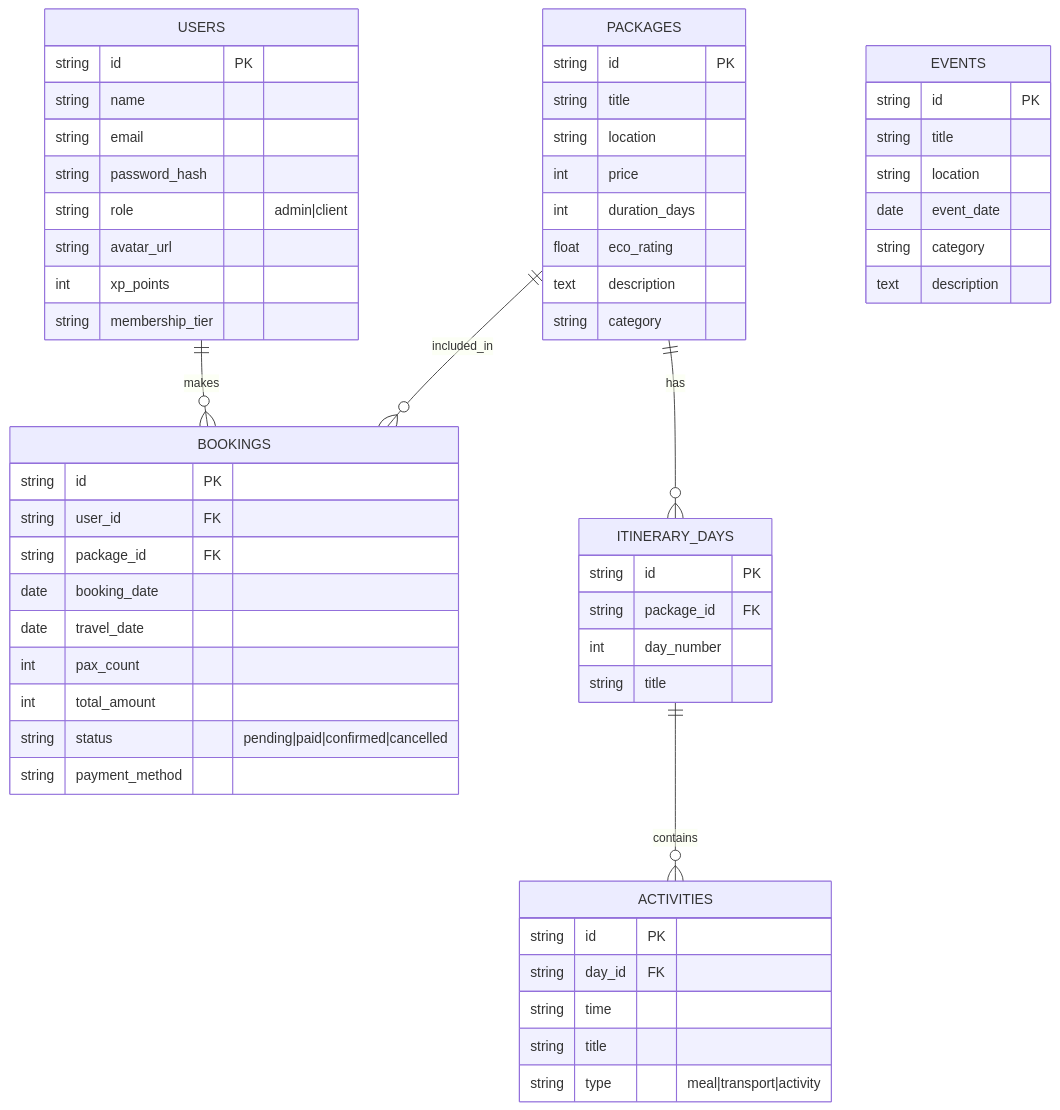
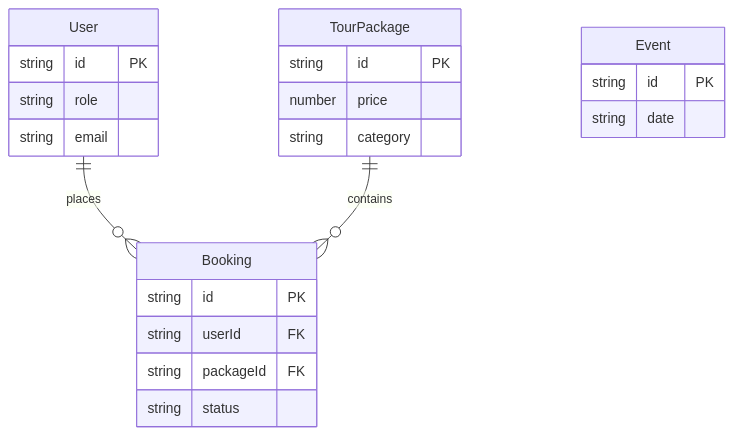
Before and after one commit to fk0u/pkaltim-tim04: the diagram in docs/ERD.md, drawn with Mermaid. The commit also changed other lines of this file and 11 other files, not shown here.

````diff
--- a/docs/ERD.md
+++ b/docs/ERD.md
@@ -5,64 +64,25 @@
 ```mermaid
 erDiagram
-    USERS ||--o{ BOOKINGS : makes
-    USERS {
+    User ||--o{ Booking : places
+    TourPackage ||--o{ Booking : contains
+    User {
         string id PK
-        string name
+        string role
         string email
-        string password_hash
-        string role "admin|client"
-        string avatar_url
-        int xp_points
-        string membership_tier
     }
-
-    PACKAGES ||--o{ BOOKINGS : included_in
-    PACKAGES ||--o{ ITINERARY_DAYS : has
-    PACKAGES {
+    TourPackage {
         string id PK
-        string title
-        string location
-        int price
-        int duration_days
-        float eco_rating
-        text description
+        number price
         string category
     }
-
-    ITINERARY_DAYS ||--o{ ACTIVITIES : contains
-    ITINERARY_DAYS {
+    Event {
         string id PK
-        string package_id FK
-        int day_number
-        string title
+        string date
     }
-
-    ACTIVITIES {
+    Booking {
         string id PK
-        string day_id FK
-        string time
-        string title
-        string type "meal|transport|activity"
-    }
-
-    BOOKINGS {
-        string id PK
-        string user_id FK
-        string package_id FK
-        date booking_date
-        date travel_date
-        int pax_count
-        int total_amount
-        string status "pending|paid|confirmed|cancelled"
-        string payment_method
-    }
-
-    EVENTS {
-        string id PK
-        string title
-        string location
-        date event_date
-        string category
-        text description
+        string userId FK
+        string packageId FK
+        string status
     }
 ```
````
